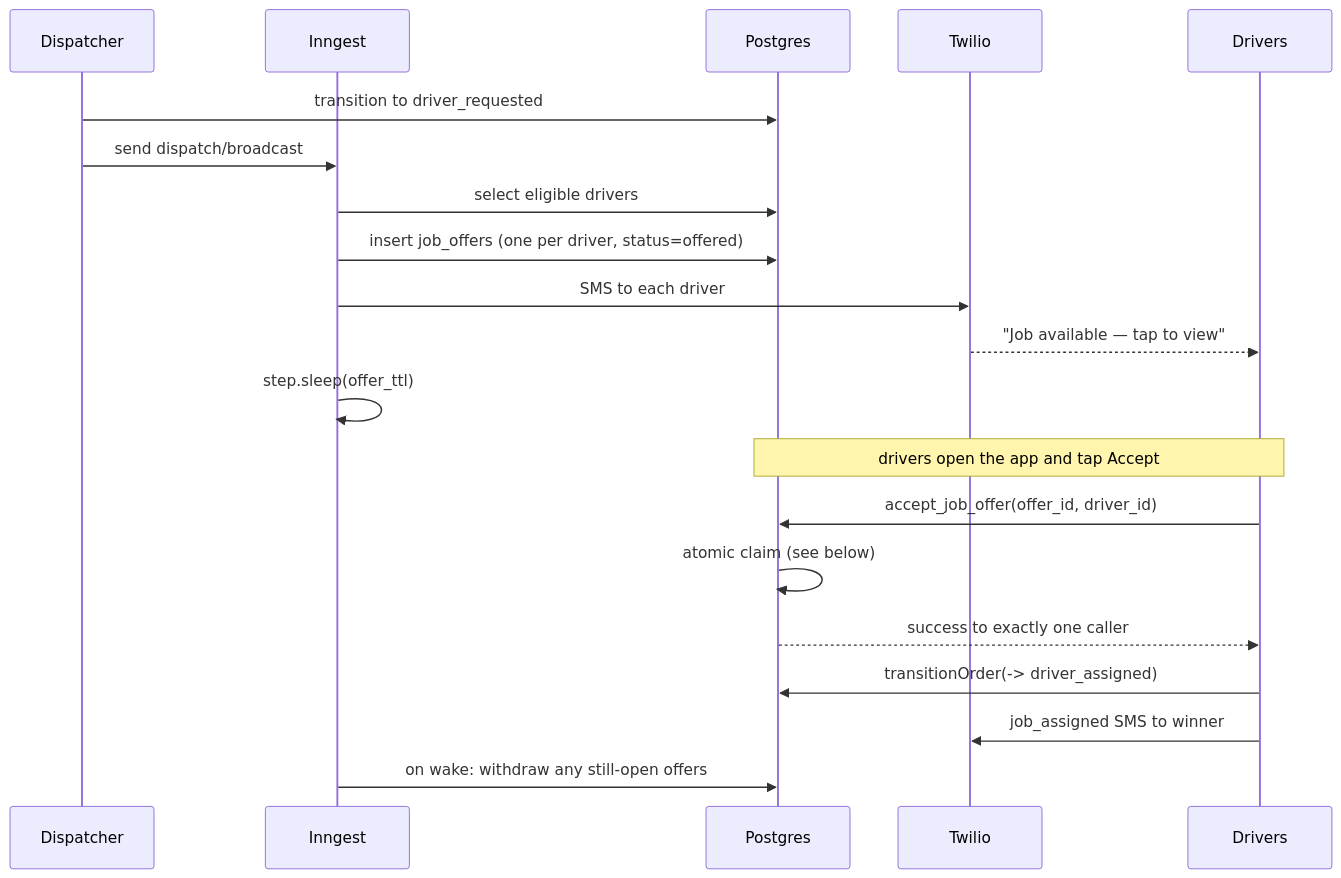
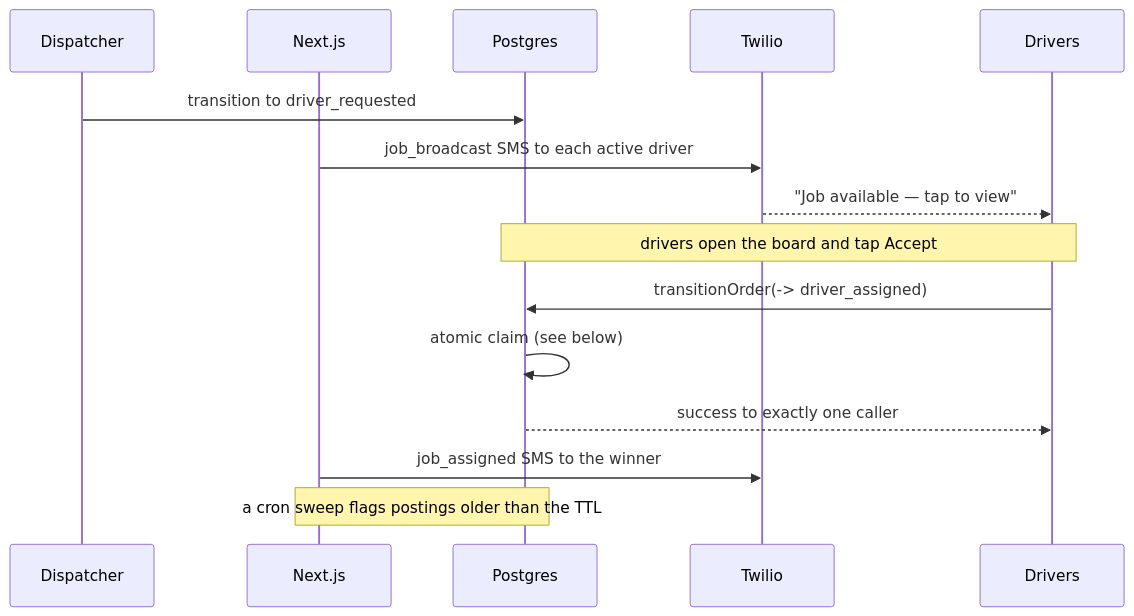
Before and after one commit to apalumbi/DeliveryApp: the diagram in docs/architecture/07-dispatch.md, drawn with Mermaid. The commit also changed other lines of this file and 22 other files, not shown here.

````diff
--- a/docs/architecture/07-dispatch.md
+++ b/docs/architecture/07-dispatch.md
@@ -11,25 +11,21 @@
 ```mermaid
 sequenceDiagram
     participant D as Dispatcher
-    participant IG as Inngest
+    participant App as Next.js
     participant DB as Postgres
     participant TW as Twilio
     participant Dr as Drivers
 
     D->>DB: transition to driver_requested
-    D->>IG: send dispatch/broadcast
-    IG->>DB: select eligible drivers
-    IG->>DB: insert job_offers (one per driver, status=offered)
-    IG->>TW: SMS to each driver
+    App->>TW: job_broadcast SMS to each active driver
     TW-->>Dr: "Job available — tap to view"
-    IG->>IG: step.sleep(offer_ttl)
 
-    Note over Dr,DB: drivers open the app and tap Accept
+    Note over Dr,DB: drivers open the board and tap Accept
 
-    Dr->>DB: accept_job_offer(offer_id, driver_id)
+    Dr->>DB: transitionOrder(-> driver_assigned)
     DB->>DB: atomic claim (see below)
     DB-->>Dr: success to exactly one caller
-    Dr->>DB: transitionOrder(-> driver_assigned)
-    Dr->>TW: job_assigned SMS to winner
-    IG->>DB: on wake: withdraw any still-open offers
+    App->>TW: job_assigned SMS to the winner
+
+    Note over DB,App: a cron sweep flags postings older than the TTL
 ```
````
